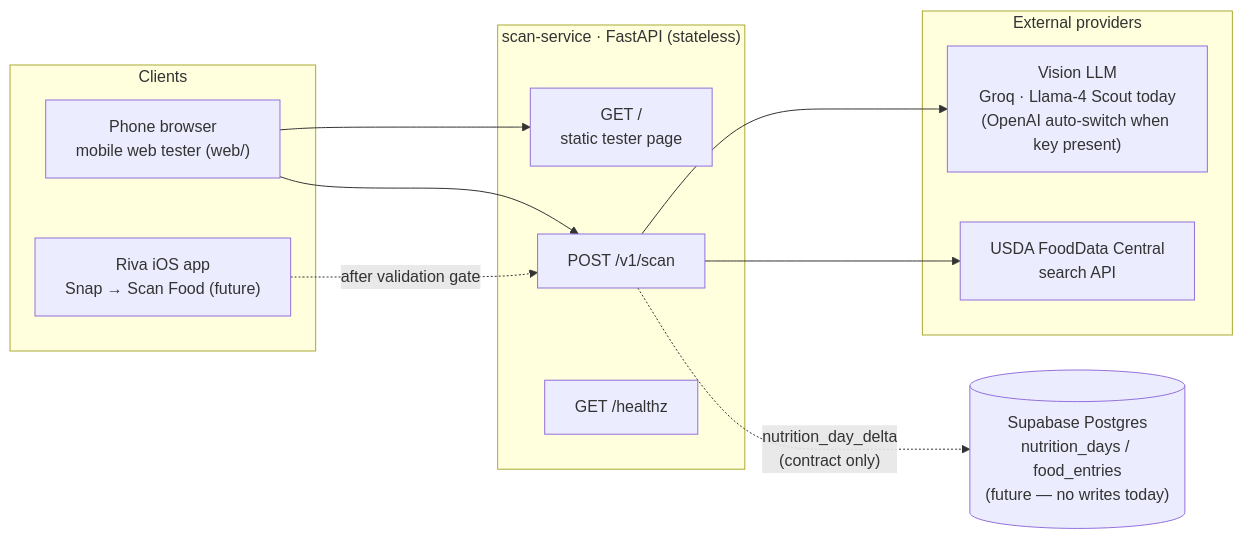
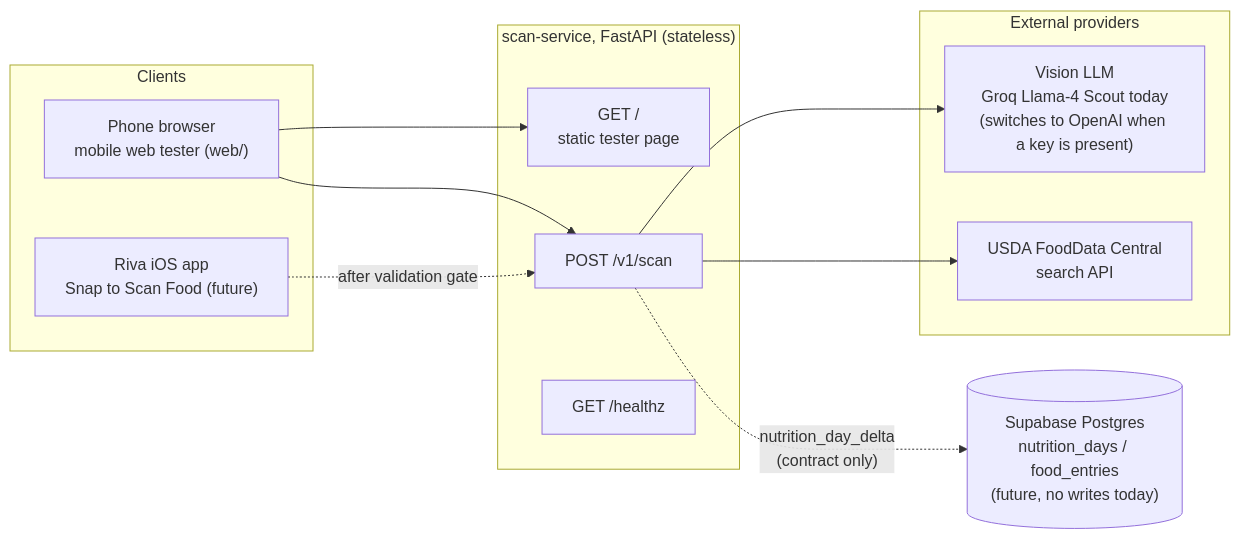
Before and after one commit to ashutoshanandmehta/Riva-Snap: the first of 4 diagrams in ARCHITECTURE.md, drawn with Mermaid. The commit also changed other lines of this file and 1 other file, not shown here.

Commit message:
Rewrite architecture doc in plain prose

````diff
--- a/ARCHITECTURE.md
+++ b/ARCHITECTURE.md
@@ -11,27 +9,27 @@
 ```mermaid
 flowchart LR
     subgraph Clients
         PHONE["Phone browser<br/>mobile web tester (web/)"]
-        IOS["Riva iOS app<br/>Snap → Scan Food (future)"]
+        IOS["Riva iOS app<br/>Snap to Scan Food (future)"]
     end
 
-    subgraph SVC["scan-service · FastAPI (stateless)"]
+    subgraph SVC["scan-service, FastAPI (stateless)"]
         WEB["GET /<br/>static tester page"]
         API["POST /v1/scan"]
         HZ["GET /healthz"]
     end
 
     subgraph Providers["External providers"]
-        LLM["Vision LLM<br/>Groq · Llama-4 Scout today<br/>(OpenAI auto-switch when key present)"]
+        LLM["Vision LLM<br/>Groq Llama-4 Scout today<br/>(switches to OpenAI when a key is present)"]
         FDC["USDA FoodData Central<br/>search API"]
     end
 
-    DB[("Supabase Postgres<br/>nutrition_days / food_entries<br/>(future — no writes today)")]
+    DB[("Supabase Postgres<br/>nutrition_days / food_entries<br/>(future, no writes today)")]
 
     PHONE --> WEB
     PHONE --> API
     IOS -. "after validation gate" .-> API
     API --> LLM
     API --> FDC
     API -. "nutrition_day_delta<br/>(contract only)" .-> DB
 ```
````
